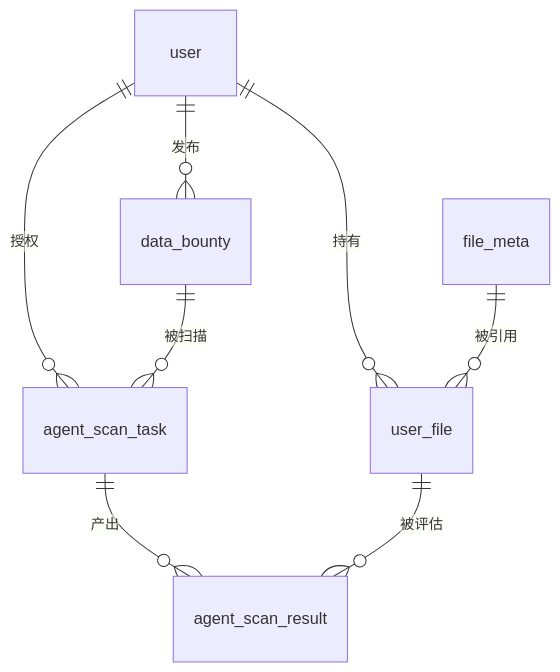
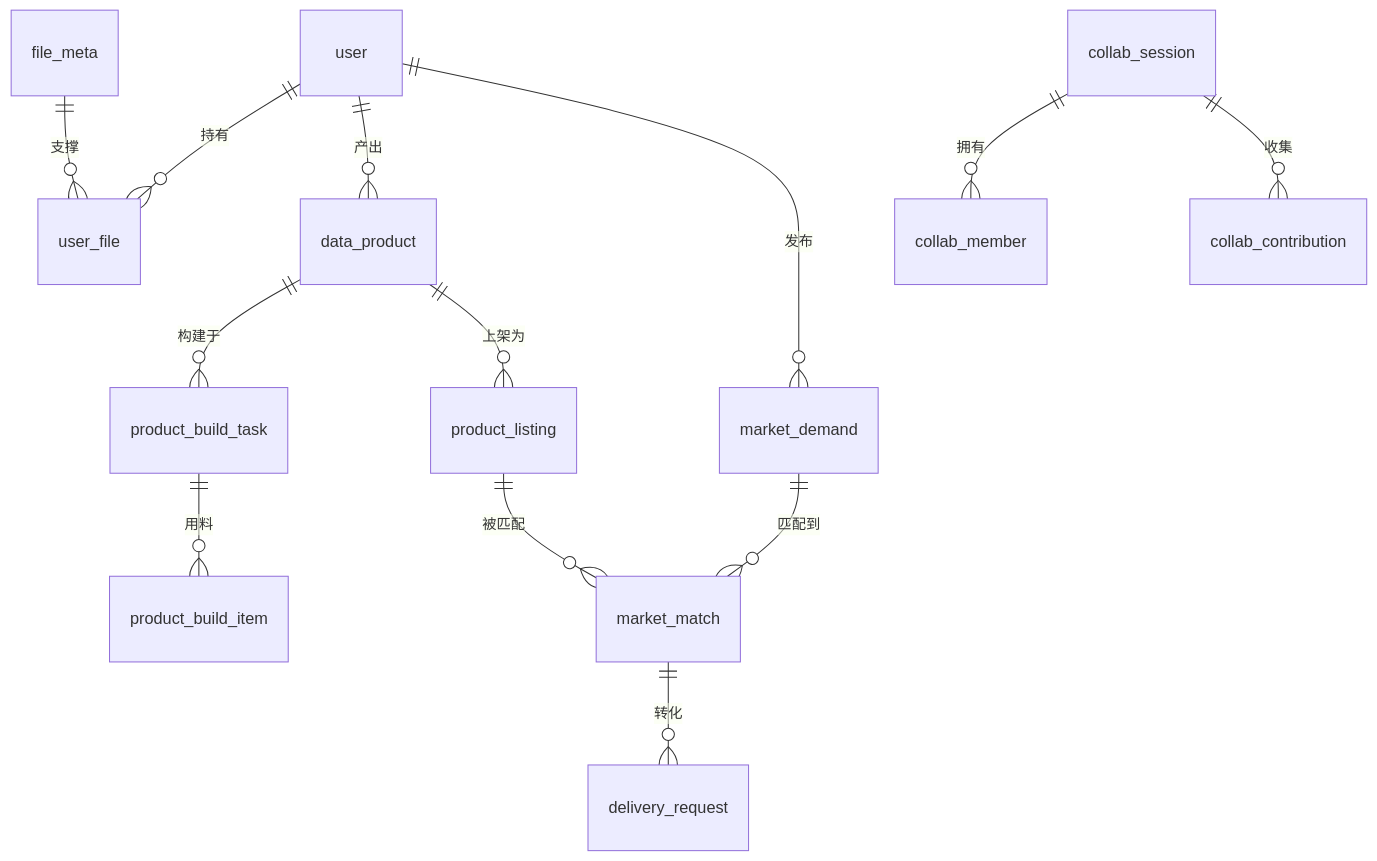
The third of 7 diagrams in docs/www2026/WWW2026_Demo_AgentCloudDisk_ZH.md (PanheadGG/agora-drive), drawn with Mermaid before and after one commit. The commit also changed other lines of this file and 1 other file, not shown here.

Commit message:
docs: 重写 WWW2026 Demo 论文（多 Agent 协同版，中英双语，7 张 Mermaid + 5 张实拍图）

````diff
--- a/docs/www2026/WWW2026_Demo_AgentCloudDisk_ZH.md
+++ b/docs/www2026/WWW2026_Demo_AgentCloudDisk_ZH.md
@@ -110,10 +130,15 @@
 ```mermaid
 erDiagram
     user ||--o{ user_file : 持有
-    user ||--o{ data_bounty : 发布
-    user ||--o{ agent_scan_task : 授权
-    file_meta ||--o{ user_file : 被引用
-    data_bounty ||--o{ agent_scan_task : 被扫描
-    agent_scan_task ||--o{ agent_scan_result : 产出
-    user_file ||--o{ agent_scan_result : 被评估
+    file_meta ||--o{ user_file : 支撑
+    user ||--o{ data_product : 产出
+    data_product ||--o{ product_build_task : "构建于"
+    product_build_task ||--o{ product_build_item : 用料
+    data_product ||--o{ product_listing : "上架为"
+    user ||--o{ market_demand : 发布
+    product_listing ||--o{ market_match : "被匹配"
+    market_demand ||--o{ market_match : "匹配到"
+    market_match ||--o{ delivery_request : 转化
+    collab_session ||--o{ collab_member : 拥有
+    collab_session ||--o{ collab_contribution : 收集
 ```
````
